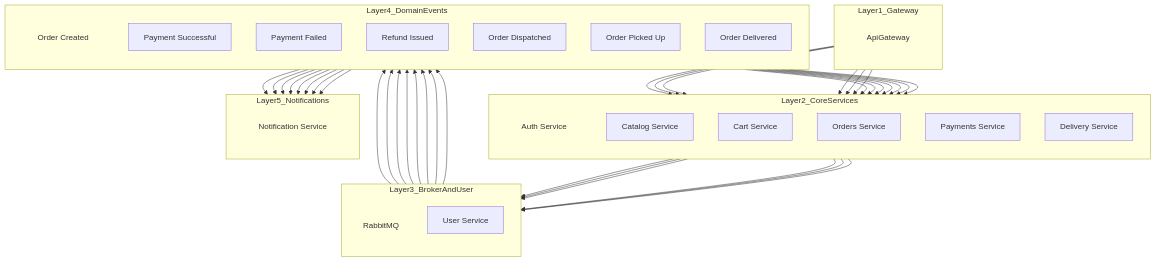
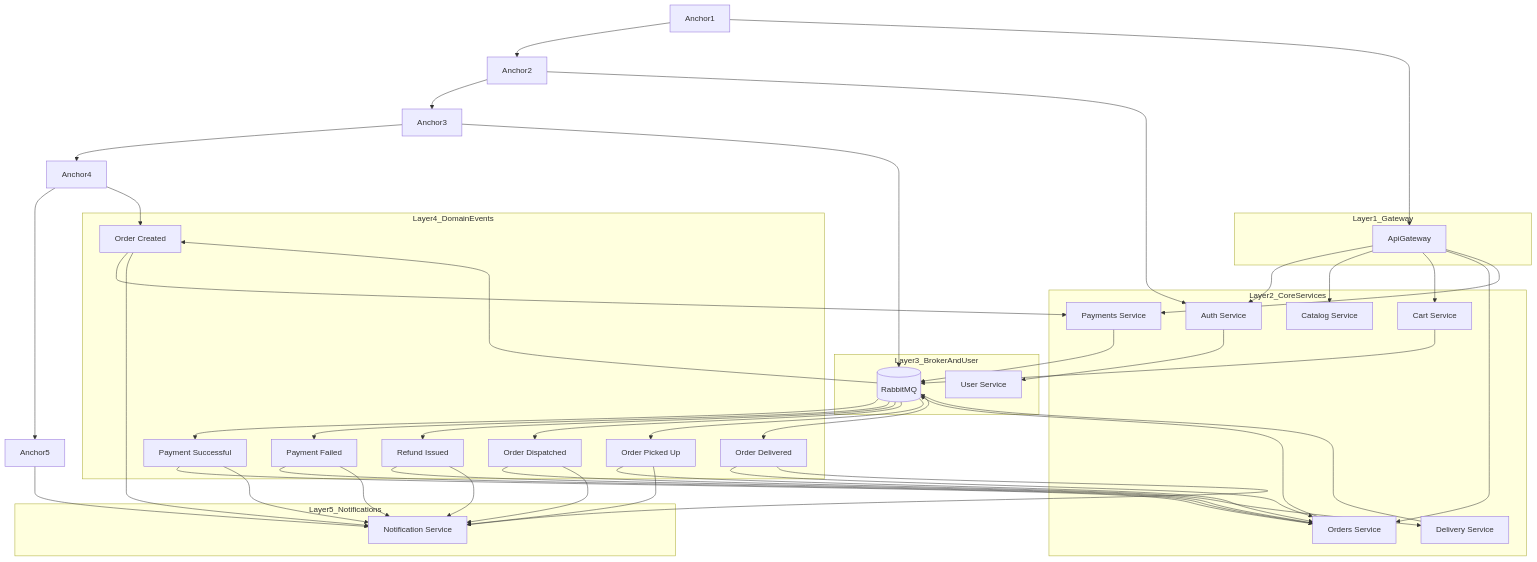
Before and after one commit to NVolnukhin/OrderAccountingSystem: the diagram in README.md, drawn with Mermaid.

Commit message:
update READNE

````diff
--- a/README.md
+++ b/README.md
@@ -28,15 +28,17 @@
 ```mermaid
 graph TD
 
+%% ───── Связующий узел для вертикального выравнивания ─────
+   Anchor1 --> Anchor2 --> Anchor3 --> Anchor4 --> Anchor5
+
 %% ───── Layer 1: Gateway ─────
    subgraph Layer1_Gateway
-      direction TB
       AG[ApiGateway]
    end
+   Anchor1 --> AG
 
 %% ───── Layer 2: Core Services ─────
    subgraph Layer2_CoreServices
-      direction TB
       AU[Auth Service]
       CA[Catalog Service]
       CR[Cart Service]
@@ -44,17 +46,17 @@
       PA[Payments Service]
       DE[Delivery Service]
    end
+   Anchor2 --> AU
 
-%% ───── Layer 3: Broker & User ─────
+%% ───── Layer 3: Message Broker & User ─────
    subgraph Layer3_BrokerAndUser
-      direction TB
       RMQ[(RabbitMQ)]
       US[User Service]
    end
+   Anchor3 --> RMQ
 
 %% ───── Layer 4: Domain Events ─────
    subgraph Layer4_DomainEvents
-      direction TB
       OC[Order Created]
       OPS[Payment Successful]
       OPF[Payment Failed]
@@ -63,23 +65,13 @@
       OP[Order Picked Up]
       DL[Order Delivered]
    end
+   Anchor4 --> OC
 
 %% ───── Layer 5: Notification ─────
    subgraph Layer5_Notifications
-      direction TB
       NO[Notification Service]
    end
-
-%% Force vertical alignment with invisible link
-   AG --> AU
-   AU --> RMQ
-   RMQ --> OC
-   OC --> NO
-   style AG fill-opacity:0,stroke-opacity:0
-   style AU fill-opacity:0,stroke-opacity:0
-   style RMQ fill-opacity:0,stroke-opacity:0
-   style OC fill-opacity:0,stroke-opacity:0
-   style NO fill-opacity:0,stroke-opacity:0
+   Anchor5 --> NO
 
 %% Gateway routing
    AG --> AU
````
